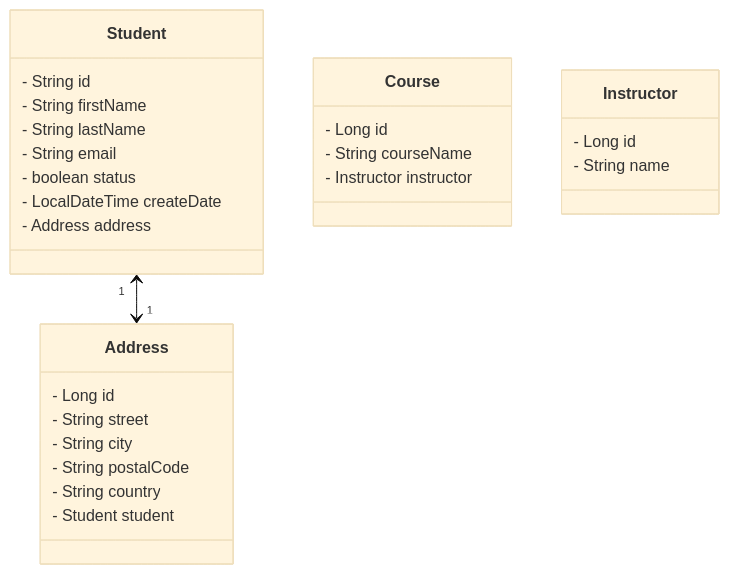
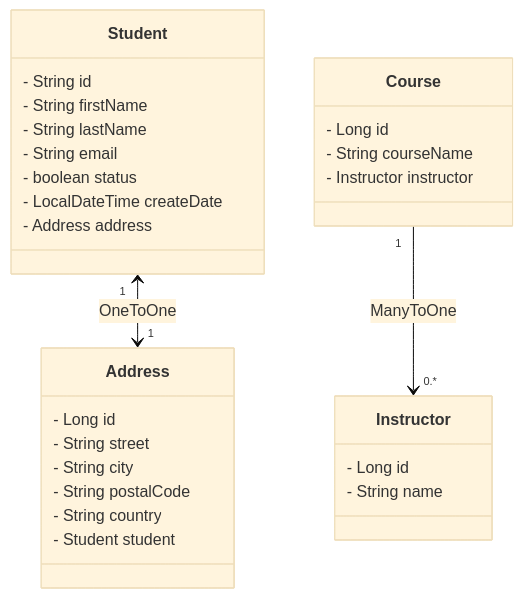
One commit to SimonElbrink/G56-Lecture-Spring-Boot-JPA changed the diagram in Class Diagram - Mermaid.md. Above: the diagram before and after it, drawn with Mermaid (base theme). The commit also changed 2 other files, not shown here.

Commit message:
Added Course + Instructor + ManyToOne Relationship

`````diff
--- a/Class Diagram - Mermaid.md
+++ b/Class Diagram - Mermaid.md
@@ -1,35 +1,37 @@
 ````mermaid
 classDiagram
     class Student {
         - String id
         - String firstName
         - String lastName
         - String email
         - boolean status
         - LocalDateTime createDate
         - Address address
     }
     
     class Address{
         - Long id
         - String street
         - String city
         - String postalCode
         - String country
         - Student student
     }
 
     class Course {
         - Long id
         - String courseName
         - Instructor instructor
     }
 
     class Instructor {
         - Long id
         - String name
     }
     
-    Student "1" <--> "1" Address
+    Student "1" <--> "1" Address: OneToOne
+    Course "1" --> "0.*" Instructor : ManyToOne
+    
 
 ````
`````
